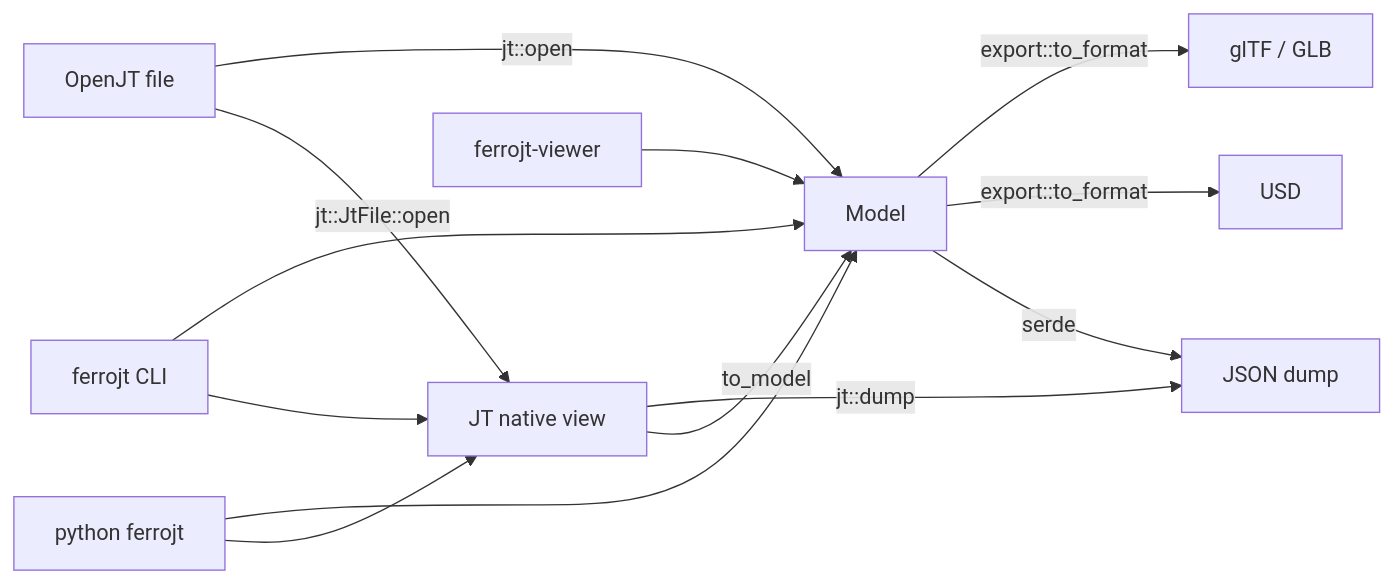
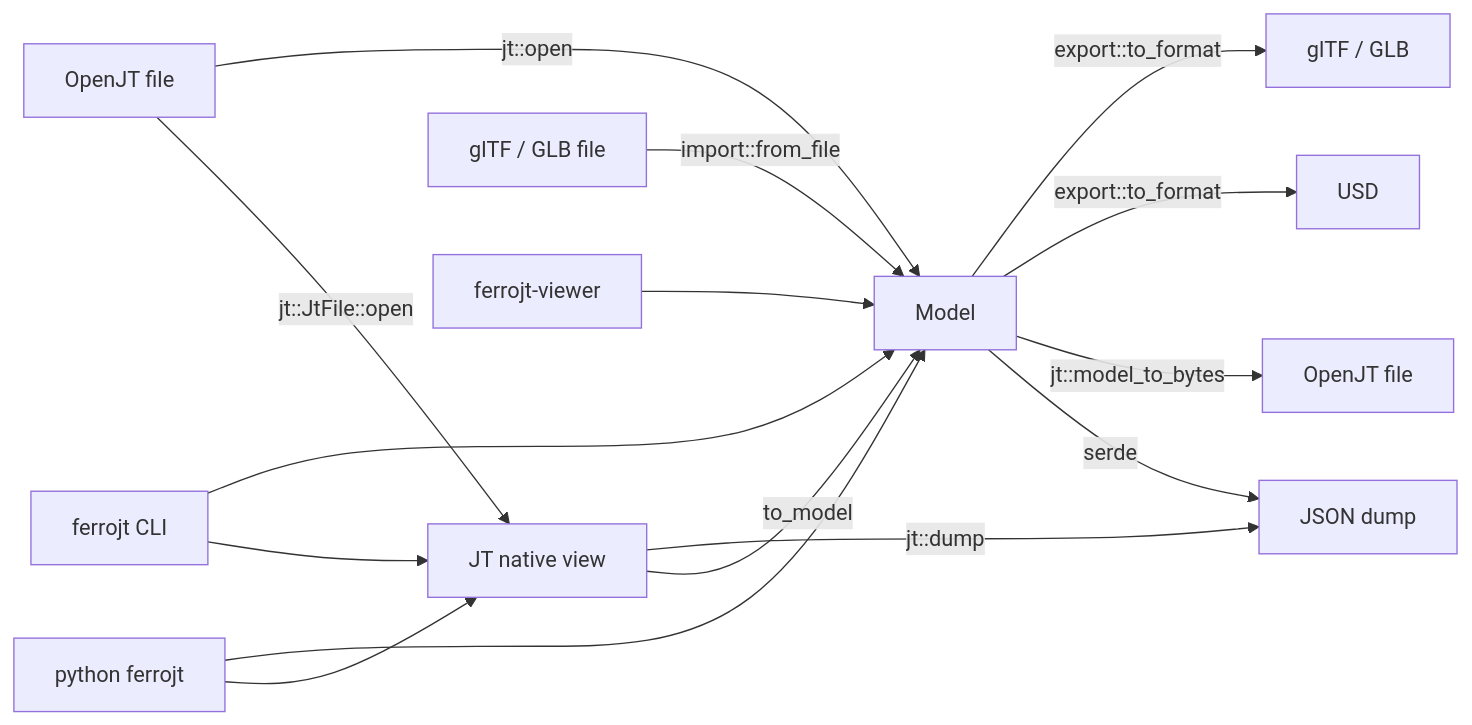
Before and after one commit to jriegel/FerroJT: the diagram in docs/architecture.md, drawn with Mermaid. The commit also changed other lines of this file and 7 other files, not shown here.

````diff
--- a/docs/architecture.md
+++ b/docs/architecture.md
@@ -3,15 +3,17 @@
 ```mermaid
 flowchart LR
   JT[OpenJT file] -->|jt::open| M[Model]
   JT -->|jt::JtFile::open| JN[JT native view]
   JN -->|jt::dump| JSON[JSON dump]
   JN -->|to_model| M
-  M -->|export::to_format| GLTF[glTF / GLB]
+  GLTF[glTF / GLB file] -->|import::from_file| M
+  M -->|export::to_format| GLTFW[glTF / GLB]
   M -->|export::to_format| USD[USD]
+  M -->|jt::model_to_bytes| JTW[OpenJT file]
   M -->|serde| JSON
   CLI[ferrojt CLI] --> M
   CLI --> JN
   PY[python ferrojt] --> M
   PY --> JN
   VIEWER[ferrojt-viewer] --> M
 ```
````
